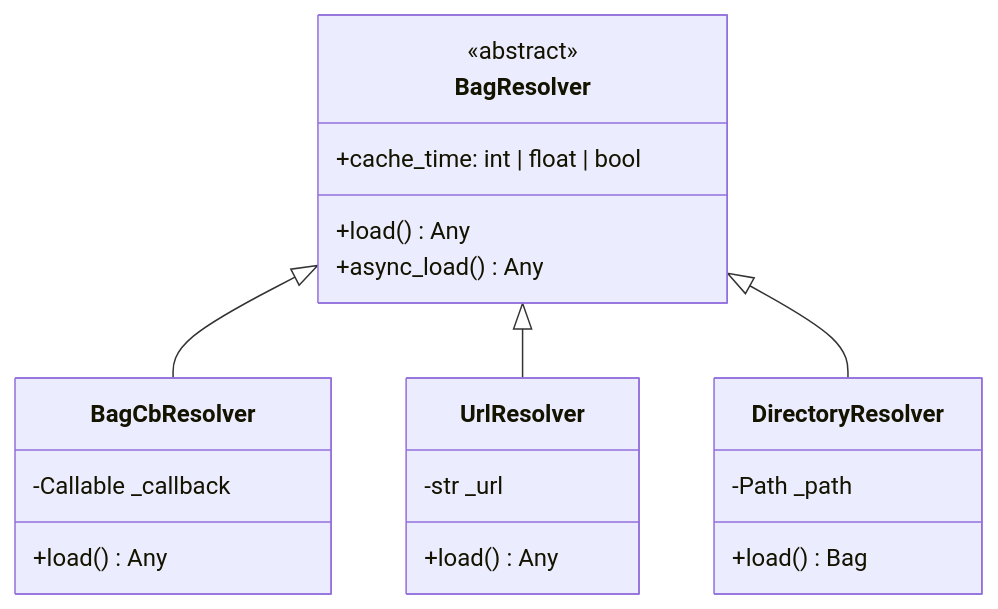
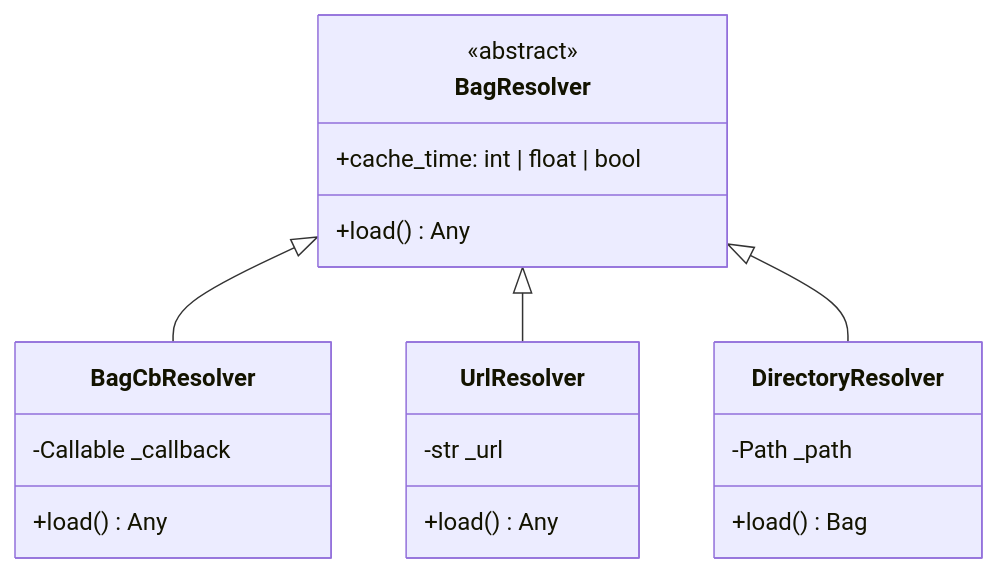
Before and after one commit to genropy/genro-bag: the sixth of 14 diagrams in docs/reference/architecture.md, drawn with Mermaid. The commit also changed other lines of this file and 54 other files, not shown here.

````diff
--- a/docs/reference/architecture.md
+++ b/docs/reference/architecture.md
@@ -119,28 +119,27 @@
 ```mermaid
 classDiagram
     class BagResolver {
         <<abstract>>
         +load() Any
-        +async_load() Any
         +cache_time: int | float | bool
     }
 
     class BagCbResolver {
         -Callable _callback
         +load() Any
     }
 
     class UrlResolver {
         -str _url
         +load() Any
     }
 
     class DirectoryResolver {
         -Path _path
         +load() Bag
     }
 
     BagResolver <|-- BagCbResolver
     BagResolver <|-- UrlResolver
     BagResolver <|-- DirectoryResolver
 ```
````
